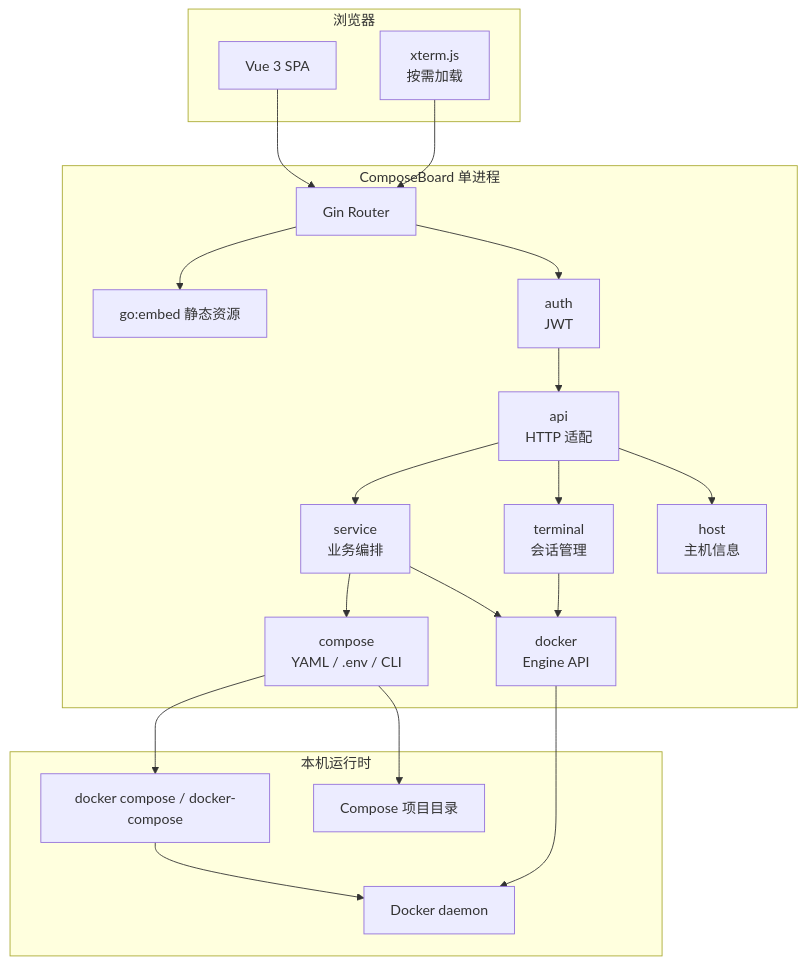
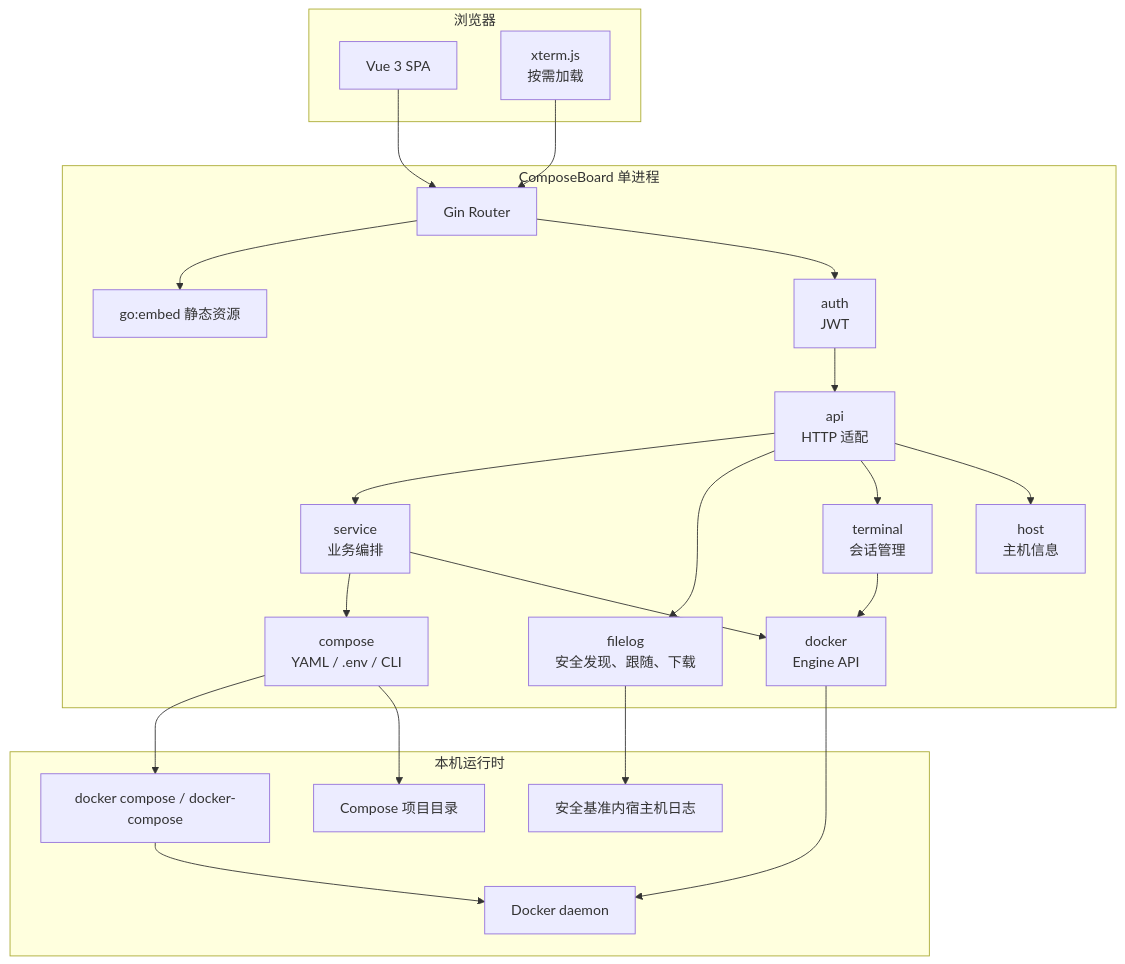
One commit to fengin/compose-board changed the first of 12 diagrams in docs/TECHNICAL_OVERVIEW.md. Above: the diagram before and after it, drawn with Mermaid. The commit also changed other lines of this file and 50 other files, not shown here.

````diff
--- a/docs/TECHNICAL_OVERVIEW.md
+++ b/docs/TECHNICAL_OVERVIEW.md
@@ -17,41 +17,45 @@
 ```mermaid
 flowchart TB
     subgraph Browser["浏览器"]
         Vue["Vue 3 SPA"]
         Xterm["xterm.js<br>按需加载"]
     end
 
     subgraph App["ComposeBoard 单进程"]
         Static["go:embed 静态资源"]
         Router["Gin Router"]
         Auth["auth<br>JWT"]
         API["api<br>HTTP 适配"]
         Service["service<br>业务编排"]
+        FileLog["filelog<br>安全发现、跟随、下载"]
         Terminal["terminal<br>会话管理"]
         Compose["compose<br>YAML / .env / CLI"]
         Docker["docker<br>Engine API"]
         Host["host<br>主机信息"]
     end
 
     subgraph Runtime["本机运行时"]
         CLI["docker compose / docker-compose"]
         Engine["Docker daemon"]
         Project["Compose 项目目录"]
+        HostFiles["安全基准内宿主机日志"]
     end
 
     Vue --> Router
     Xterm --> Router
     Router --> Static
     Router --> Auth
     Auth --> API
     API --> Service
+    API --> FileLog
     API --> Terminal
+    FileLog --> HostFiles
     API --> Host
     Service --> Compose
     Service --> Docker
     Terminal --> Docker
     Compose --> CLI
     Compose --> Project
     Docker --> Engine
     CLI --> Engine
 ```
````
